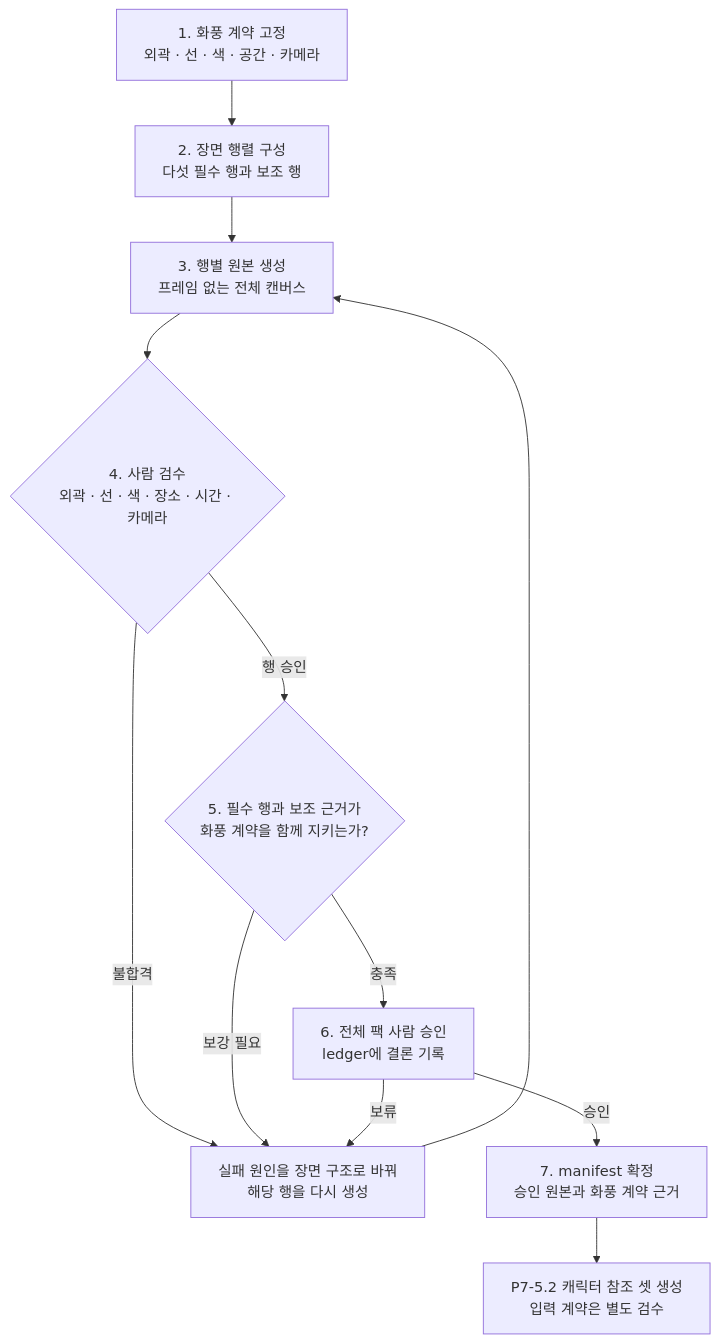
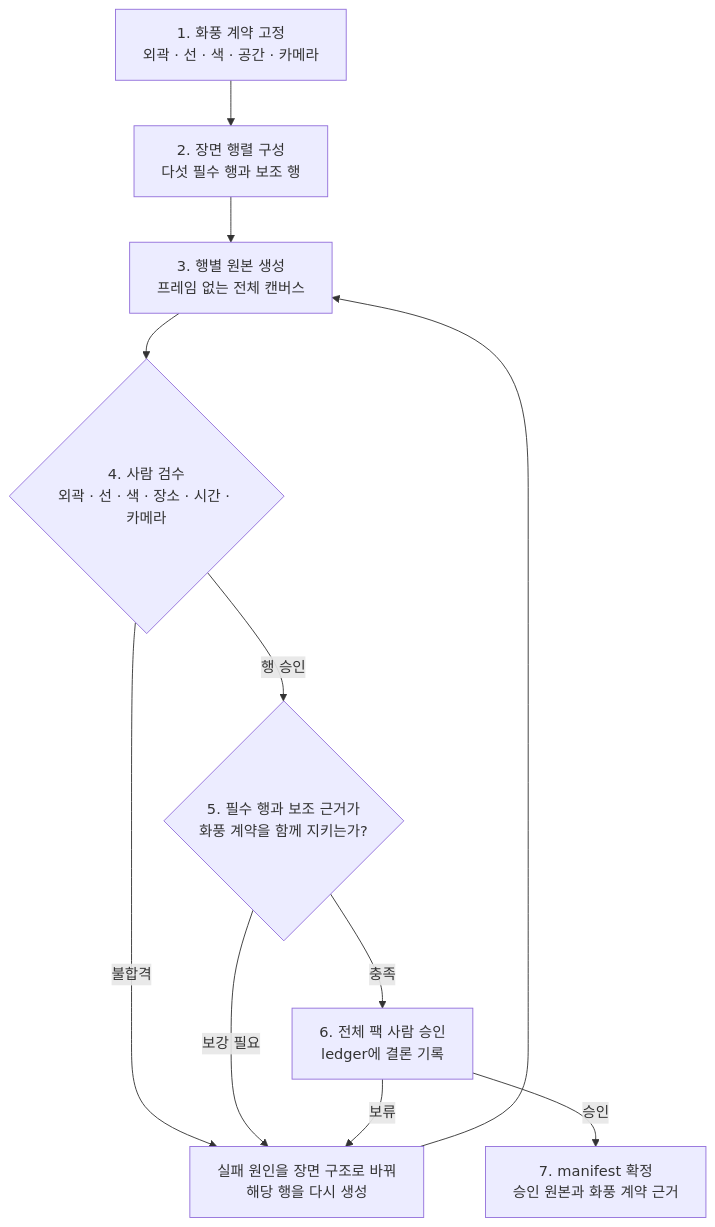
One commit to devchan64/AiBook changed the diagram in docs/assets/part-07/chapter-05/p7-5-1-style-reference-pipeline-ko.mmd. Above: the diagram before and after it, drawn with Mermaid. The commit also changed 17 other files, not shown here.

```diff
--- a/docs/assets/part-07/chapter-05/p7-5-1-style-reference-pipeline-ko.mmd
+++ b/docs/assets/part-07/chapter-05/p7-5-1-style-reference-pipeline-ko.mmd
@@ -1,18 +1,17 @@
 flowchart TD
   contract["1. 화풍 계약 고정<br/>외곽 · 선 · 색 · 공간 · 카메라"]
   matrix["2. 장면 행렬 구성<br/>다섯 필수 행과 보조 행"]
   generate["3. 행별 원본 생성<br/>프레임 없는 전체 캔버스"]
   review{"4. 사람 검수<br/>외곽 · 선 · 색 · 장소 · 시간 · 카메라"}
   repair["실패 원인을 장면 구조로 바꿔<br/>해당 행을 다시 생성"]
   coverage{"5. 필수 행과 보조 근거가<br/>화풍 계약을 함께 지키는가?"}
   pack["6. 전체 팩 사람 승인<br/>ledger에 결론 기록"]
   manifest["7. manifest 확정<br/>승인 원본과 화풍 계약 근거"]
-  character["P7-5.2 캐릭터 참조 셋 생성<br/>입력 계약은 별도 검수"]
 
   contract --> matrix --> generate --> review
   review -- 불합격 --> repair --> generate
   review -- 행 승인 --> coverage
   coverage -- 보강 필요 --> repair
   coverage -- 충족 --> pack
-  pack -- 승인 --> manifest --> character
+  pack -- 승인 --> manifest
   pack -- 보류 --> repair
```
